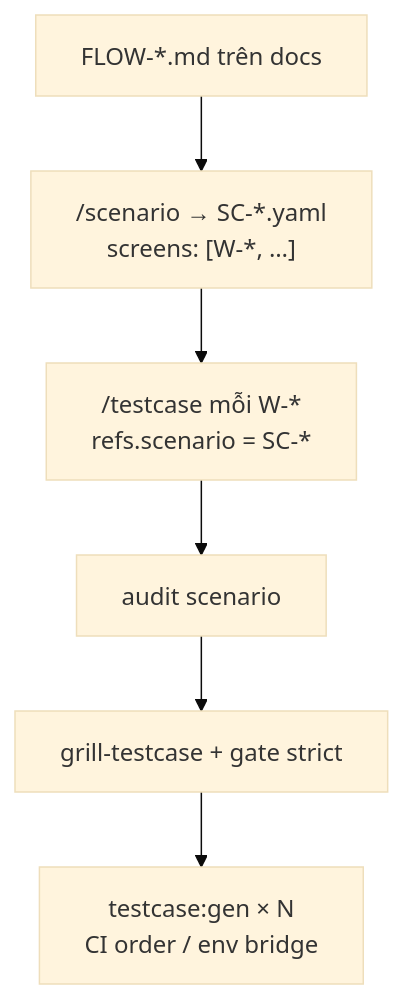
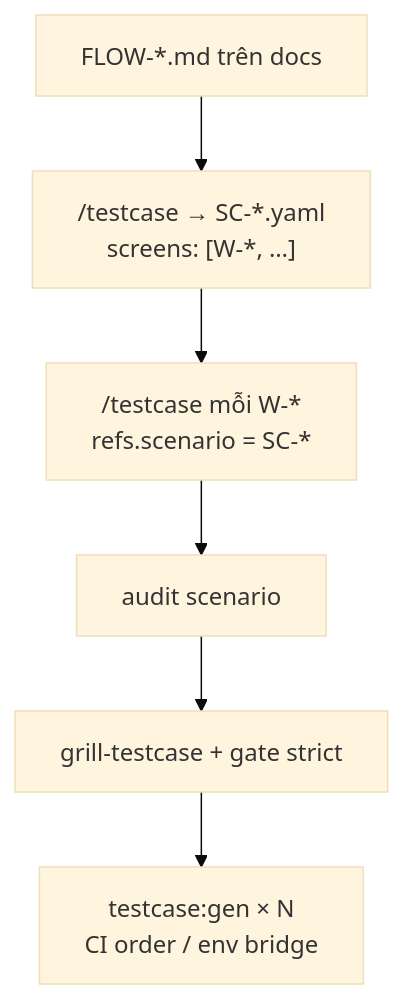
The fourth of 5 diagrams in vi/workflows/test.md (ShanYuCoder/Doc-CoSquad), drawn with Mermaid (base theme) before and after one commit. The commit also changed other lines of this file and 302 other files, not shown here.

````diff
--- a/vi/workflows/test.md
+++ b/vi/workflows/test.md
@@ -177,11 +176,11 @@
 ```mermaid
 flowchart TD
   FLOW["FLOW-*.md trên docs"]
-  SC["/scenario → SC-*.yaml\nscreens: [W-*, …]"]
+  SC["/testcase → SC-*.yaml\nscreens: [W-*, …]"]
   TCs["/testcase mỗi W-*\nrefs.scenario = SC-*"]
   AUD["audit scenario"]
   GTG["grill-testcase + gate strict"]
   E2E["testcase:gen × N\nCI order / env bridge"]
 
   FLOW --> SC --> TCs --> AUD --> GTG --> E2E
 ```
````
